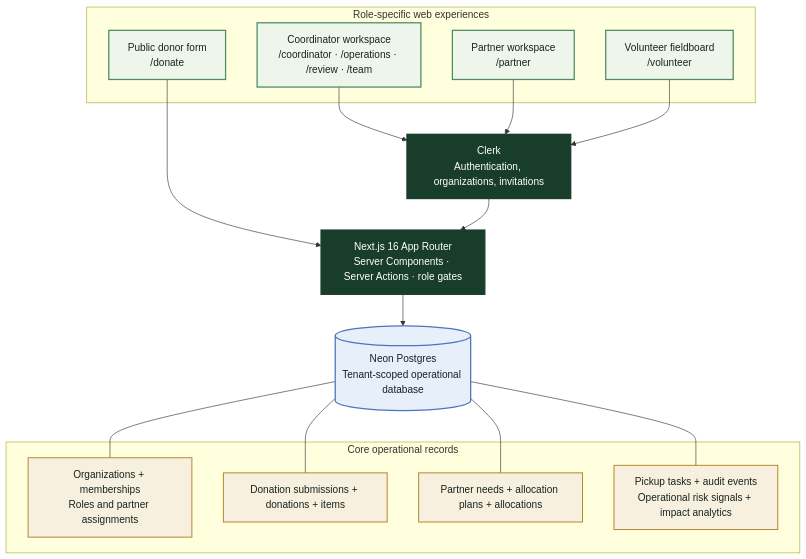
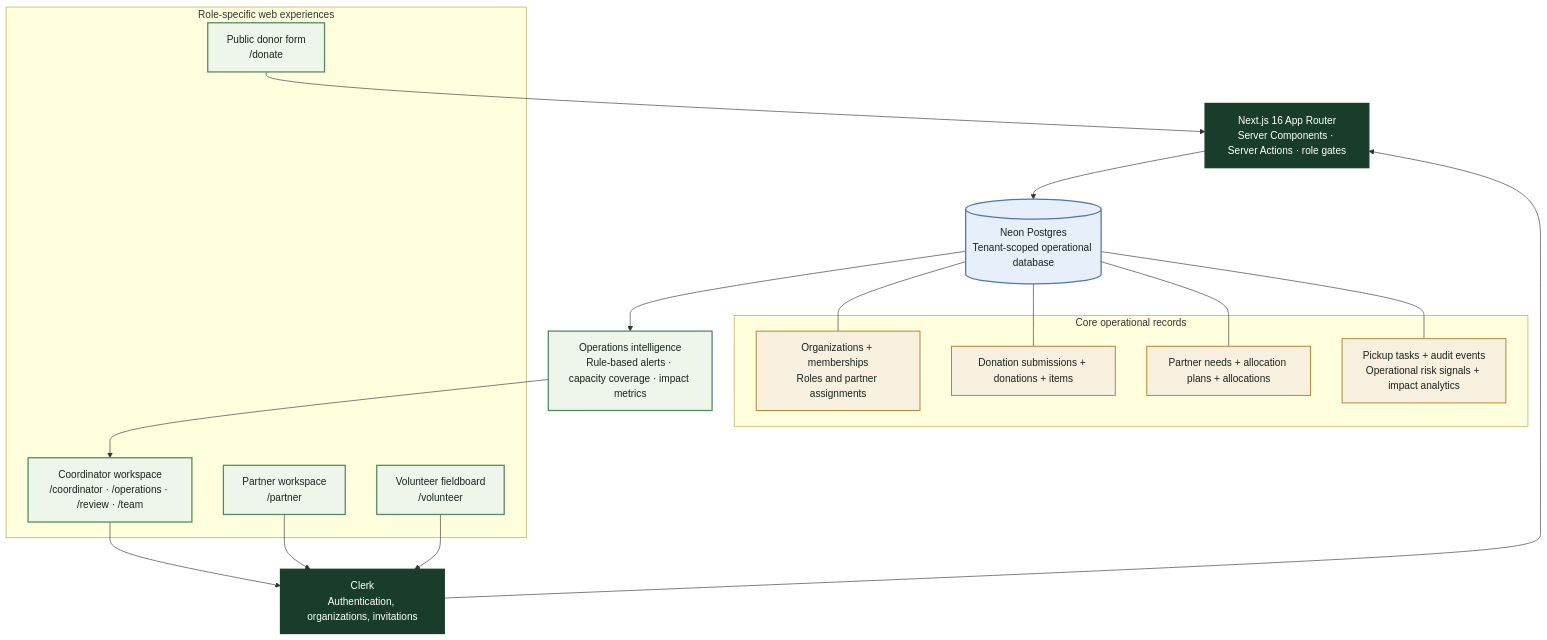
The second of 2 diagrams in README.md (kowais915/lastmile), drawn with Mermaid before and after one commit. The commit also changed other lines of this file and 18 other files, not shown here.

Commit message:
🔥 Operations, charts, dashboard improvements

````diff
--- a/README.md
+++ b/README.md
@@ -82,41 +102,46 @@
 ```mermaid
 flowchart TB
   subgraph clients["Role-specific web experiences"]
     public["Public donor form<br/>/donate"]
     coordinatorUI["Coordinator workspace<br/>/coordinator · /operations · /review · /team"]
     partnerUI["Partner workspace<br/>/partner"]
     volunteerUI["Volunteer fieldboard<br/>/volunteer"]
   end
 
   clerk["Clerk<br/>Authentication, organizations, invitations"]
   next["Next.js 16 App Router<br/>Server Components · Server Actions · role gates"]
   neon[("Neon Postgres<br/>Tenant-scoped operational database")]
+  intelligence["Operations intelligence<br/>Rule-based alerts · capacity coverage · impact metrics"]
 
   public --> next
   coordinatorUI --> clerk
   partnerUI --> clerk
   volunteerUI --> clerk
   clerk --> next
   next --> neon
+  neon --> intelligence
+  intelligence --> coordinatorUI
 
   subgraph data["Core operational records"]
     workspaces["Organizations + memberships<br/>Roles and partner assignments"]
     supply["Donation submissions + donations + items"]
     allocation["Partner needs + allocation plans + allocations"]
     handoffs["Pickup tasks + audit events<br/>Operational risk signals + impact analytics"]
   end
 
   neon --- workspaces
   neon --- supply
   neon --- allocation
   neon --- handoffs
 
   classDef surface fill:#eef6ec,stroke:#4d8b61,color:#18231e,stroke-width:2px;
   classDef service fill:#183d2a,stroke:#183d2a,color:#ffffff,stroke-width:2px;
   classDef store fill:#e7effb,stroke:#4b76b9,color:#18231e,stroke-width:2px;
   classDef record fill:#f7f0df,stroke:#b38027,color:#18231e,stroke-width:1.5px;
+  classDef automation fill:#eef6ec,stroke:#4d8b61,color:#18231e,stroke-width:2px;
   class public,coordinatorUI,partnerUI,volunteerUI surface;
   class clerk,next service;
   class neon store;
+  class intelligence automation;
   class workspaces,supply,allocation,handoffs record;
 ```
````
